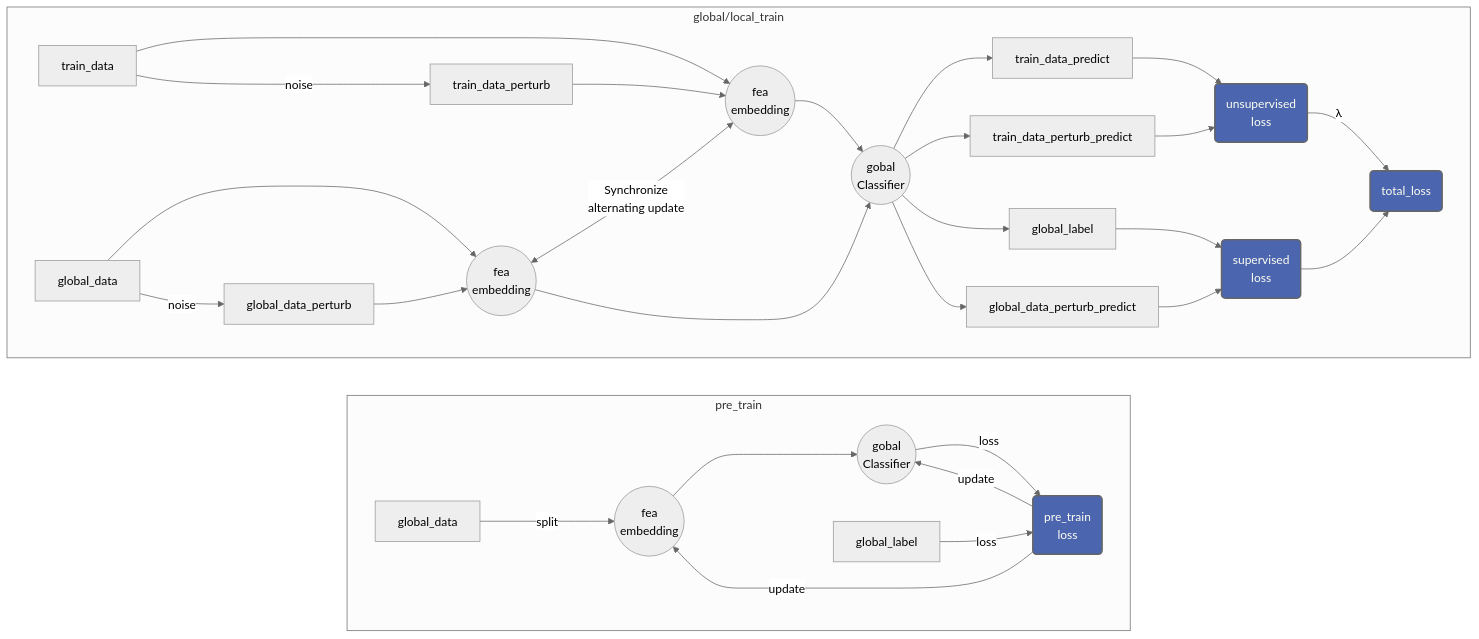
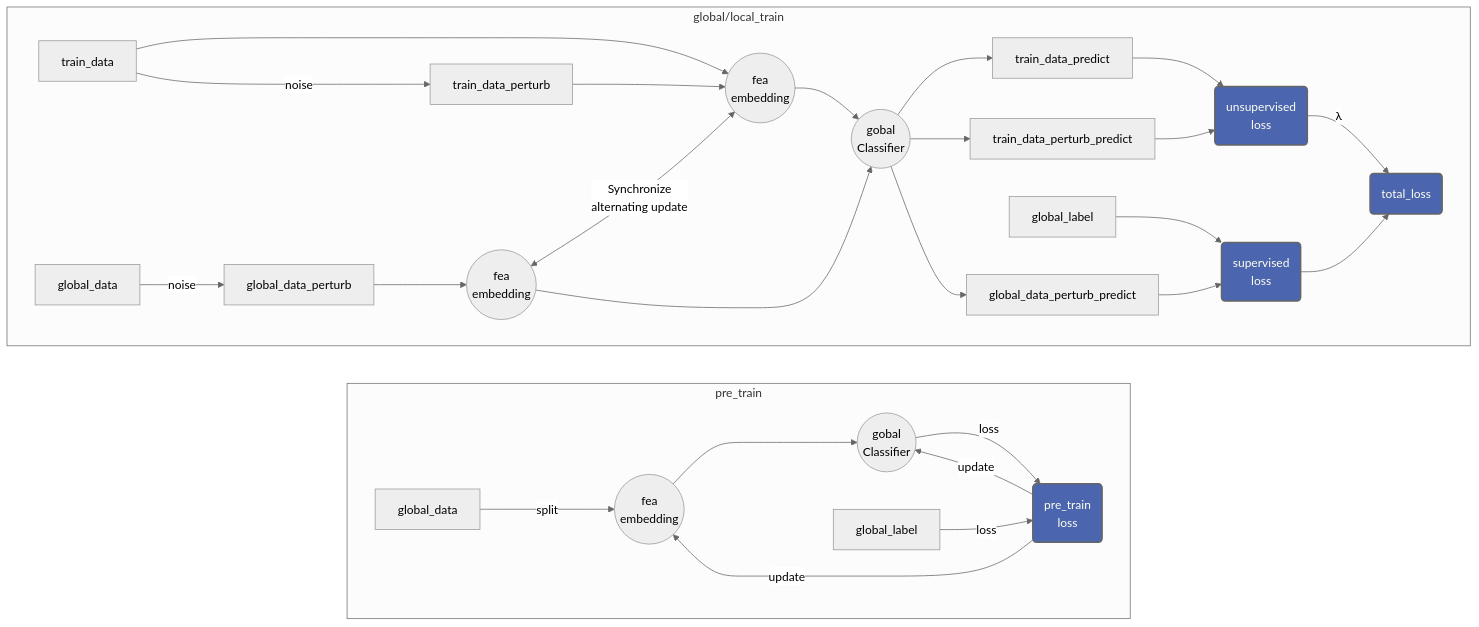
One commit to SeeleNueZ/financial_fraud changed the first of 2 diagrams in README.md. Above: the diagram before and after it, drawn with Mermaid (neutral theme). The commit also changed other lines of this file and 8 other files, not shown here.

````diff
--- a/README.md
+++ b/README.md
@@ -14,57 +14,56 @@
 ```mermaid
     flowchart LR
       A1["global_data"]
       B(("fea<br>embedding"))
       B1(("fea<br>embedding"))
       C(("gobal<br>Classifier"))
       C1(("gobal<br>Classifier"))
       D1["global_label"]
       F("pre_train<br>loss")
       T1["train_data"]
       T2["train_data_perturb"]
       T11["train_data_predict"]
       T21["train_data_perturb_predict"]
       G1["global_data"]
       G2["global_data_perturb"]
       G11["global_label"]
       G21["global_data_perturb_predict"]
       GB3(("fea<br>embedding"))
       T3("unsupervised<br>loss")
       T31("supervised<br>loss")
       T4("total_loss")
       classDef end1 fill:#4B65AF,stroke:#666,stroke-width:2px,color:#fffff1
       class T4,F,T3,T31 end1;
       classDef back fill:#111111
       class ide1 back;
       subgraph ide0[pre_train]
       direction LR
       A1--->|split|B1
       B1--->C1
       C1-->|loss|F
       D1-->|loss|F
       F-->|update|C1
       F---->|update|B1
       end
       subgraph ide1[global/local_train]
       direction LR
       T1--->|noise|T2 
       T1-->B
       T2-->B
       B-->C
       C-->T11-->T3
       C-->T21-->T3
       T3-->|λ|T4
       end
       subgraph ide1[global/local_train]
       direction LR
       G1-->|noise|G2
-      G1-->GB3
       G2-->GB3
       GB3-->C
       GB3<-->|Synchronize<br>alternating update|B
-      C-->G11-->T31
+      G11-->T31
       C-->G21-->T31
       T31-->T4
       end
       
 ```
````
